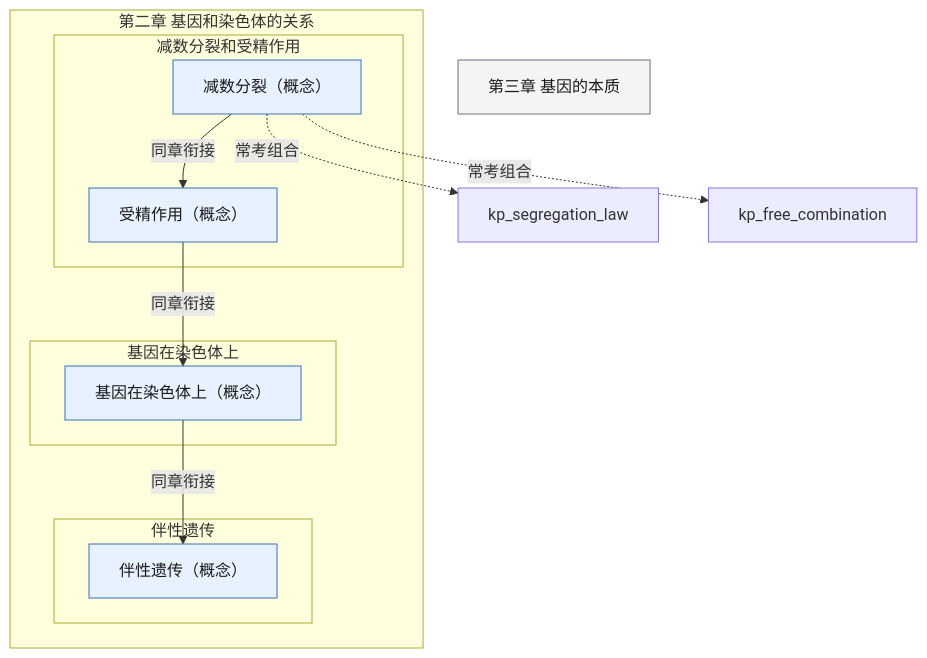
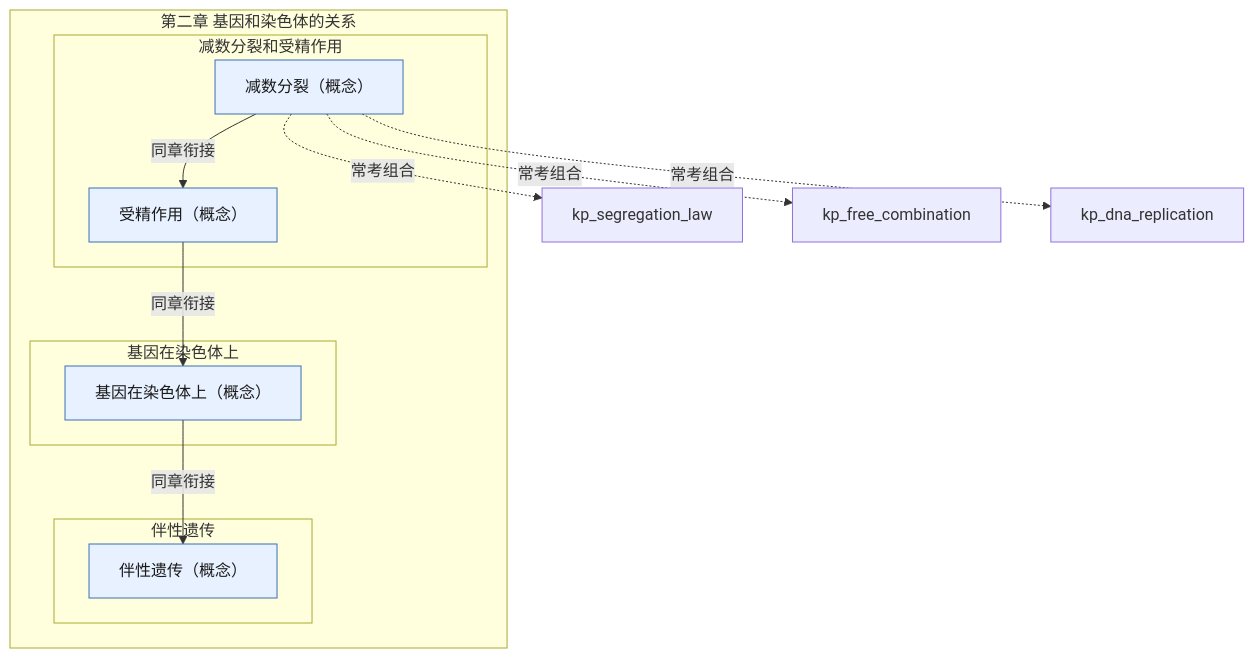
The diagram in skills/high-school-ai-tutor/references/pep-bio-bx2-ch2.md (lihenair/high-school-ai-tutor-skill), drawn with Mermaid before and after one commit. The commit also changed 26 other files, not shown here.

First line of the commit message:
feat(bio): 跨教材知识联系图谱——占位符清退 + 53 条组合边 + 联系图谱文档

````diff
--- a/skills/high-school-ai-tutor/references/pep-bio-bx2-ch2.md
+++ b/skills/high-school-ai-tutor/references/pep-bio-bx2-ch2.md
@@ -5,25 +5,25 @@
 ```mermaid
 flowchart TD
   classDef concept fill:#E8F1FF,stroke:#3B6FB6,color:#1A1A1A
   classDef skill fill:#E7F6EE,stroke:#2E7D4F,color:#1A1A1A
   classDef experiment fill:#FFF4E5,stroke:#C47B17,color:#1A1A1A
   classDef later fill:#F4F4F5,stroke:#71717A,color:#1A1A1A
   subgraph ch["第二章 基因和染色体的关系"]
     subgraph s1["减数分裂和受精作用"]
       kp_meiosis["减数分裂（概念）"]:::concept
       kp_fertilization["受精作用（概念）"]:::concept
     end
     subgraph s2["基因在染色体上"]
       kp_gene_on_chromosome["基因在染色体上（概念）"]:::concept
     end
     subgraph s3["伴性遗传"]
       kp_sex_linked["伴性遗传（概念）"]:::concept
     end
   end
-  bx2_ch3["第三章 基因的本质"]:::later
   kp_meiosis -->|同章衔接| kp_fertilization
   kp_fertilization -->|同章衔接| kp_gene_on_chromosome
   kp_gene_on_chromosome -->|同章衔接| kp_sex_linked
   kp_meiosis -.->|常考组合| kp_segregation_law
   kp_meiosis -.->|常考组合| kp_free_combination
+  kp_meiosis -.->|常考组合| kp_dna_replication
 ```
````
